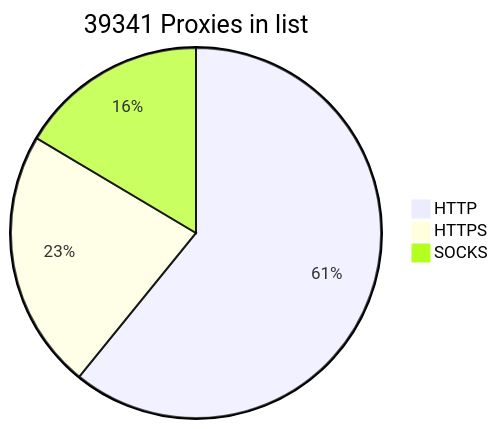
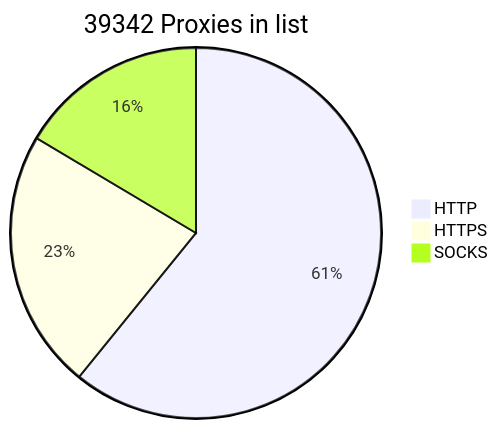
The diagram in README.md (BlackSnowDot/proxylist-update-every-minute), drawn with Mermaid before and after one commit.

````diff
--- a/README.md
+++ b/README.md
@@ -2,6 +2,6 @@
 ```mermaid
-pie title 39341 Proxies in list
+pie title 39342 Proxies in list
     "HTTP" : 28194
     "HTTPS": 10509
-    "SOCKS" : 7624
+    "SOCKS" : 7625
 ```
````
